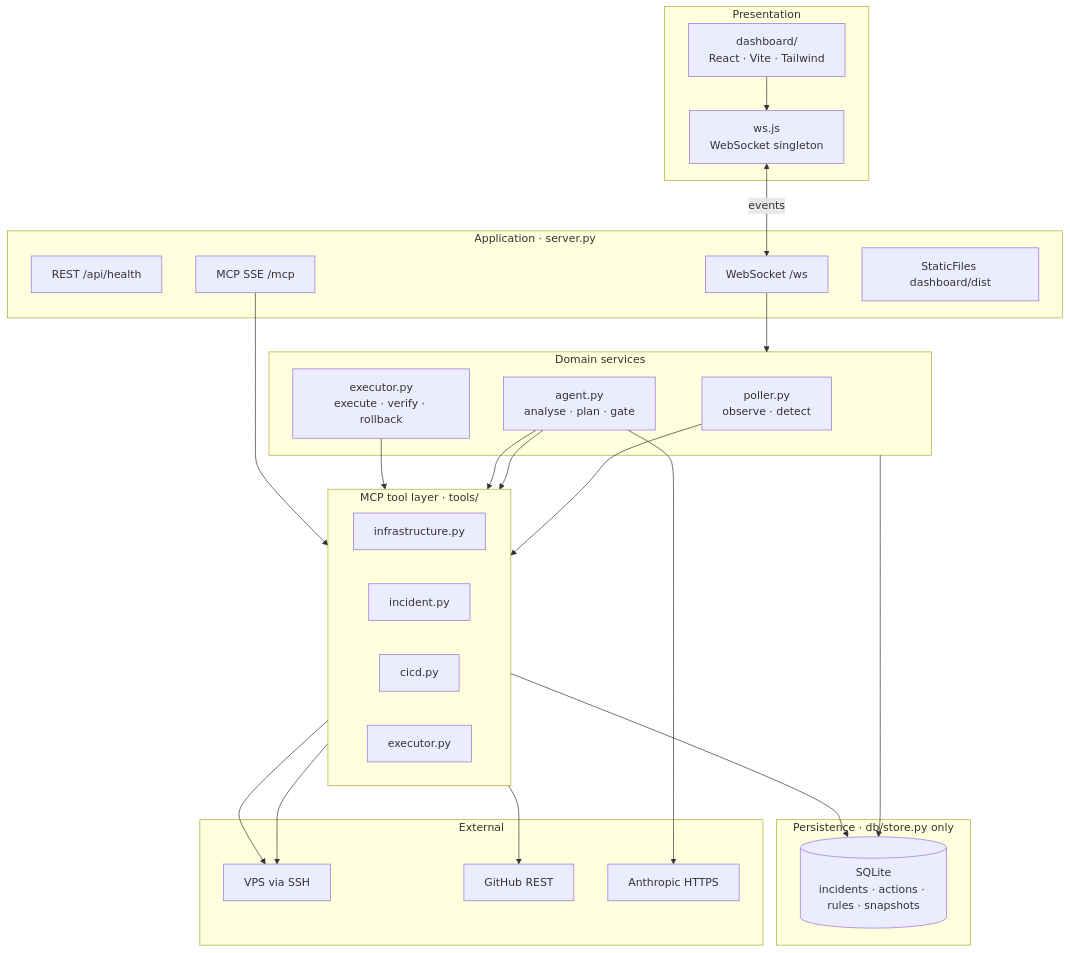
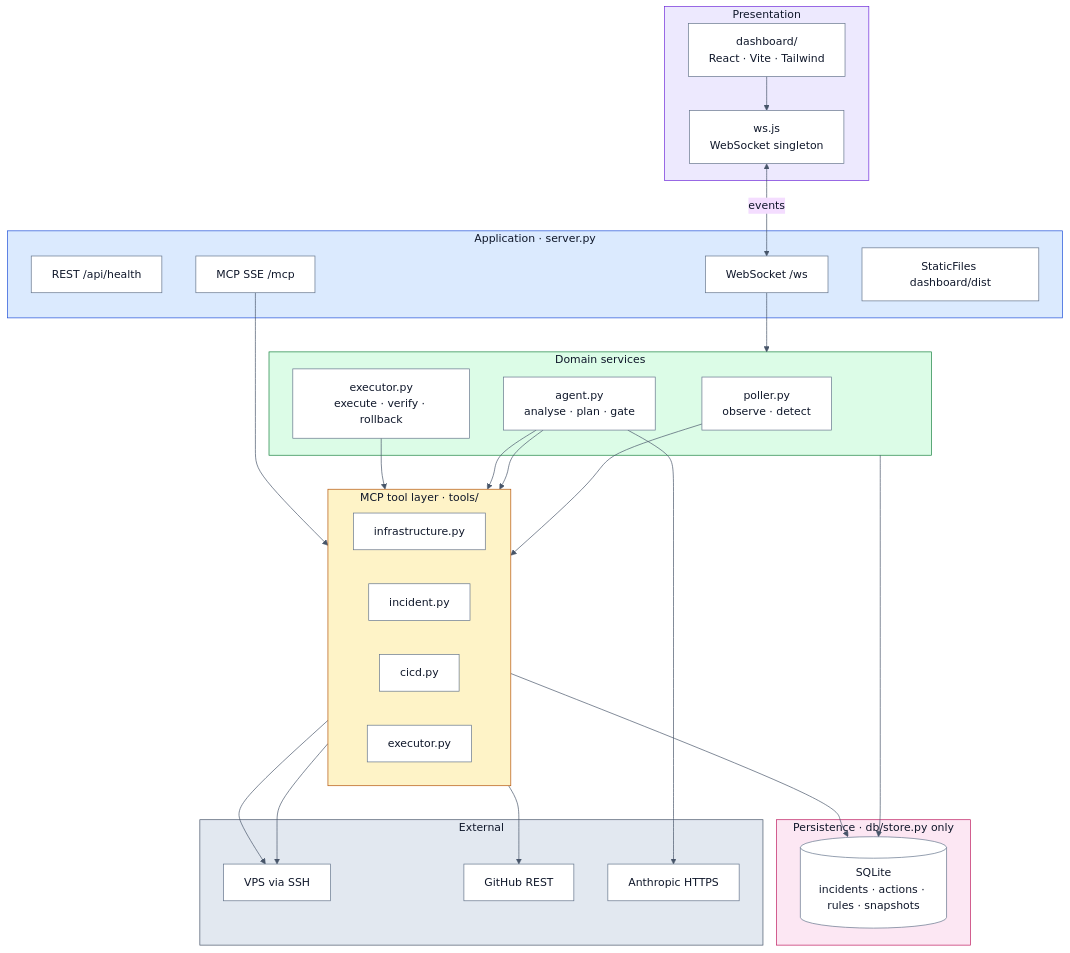
Before and after one commit to NevilPatel01/devops-mcp: the fourth of 12 diagrams in README.md, drawn with Mermaid. The commit also changed other lines of this file and 34 other files, not shown here.

````diff
--- a/README.md
+++ b/README.md
@@ -132,50 +219,61 @@
 ```mermaid
+%%{init: {'theme':'base', 'themeVariables': {'primaryTextColor':'#0f172a','secondaryTextColor':'#0f172a','tertiaryTextColor':'#0f172a','lineColor':'#475569','textColor':'#0f172a','clusterBkg':'#f8fafc','clusterBorder':'#64748b','titleColor':'#0f172a'}}}%%
 flowchart TB
   subgraph Presentation["Presentation"]
     Dash["dashboard/<br/>React · Vite · Tailwind"]
     WSClient["ws.js<br/>WebSocket singleton"]
     Dash --> WSClient
   end
 
   subgraph Application["Application · server.py"]
     API["REST /api/health"]
     WS["WebSocket /ws"]
     MCP["MCP SSE /mcp"]
     Static["StaticFiles dashboard/dist"]
   end
 
   subgraph Domain["Domain services"]
     Poll["poller.py<br/>observe · detect"]
     Agt["agent.py<br/>analyse · plan · gate"]
     Exec["executor.py<br/>execute · verify · rollback"]
   end
 
   subgraph ToolsLayer["MCP tool layer · tools/"]
     direction LR
     T1["infrastructure.py"]
     T2["incident.py"]
     T3["cicd.py"]
     T4["executor.py"]
   end
 
   subgraph Persistence["Persistence · db/store.py only"]
     SQL[("SQLite<br/>incidents · actions · rules · snapshots")]
   end
 
   subgraph External["External"]
     SSH["VPS via SSH"]
     GH["GitHub REST"]
     AI["Anthropic HTTPS"]
   end
 
   WSClient <-->|events| WS
   WS --> Domain
   MCP --> ToolsLayer
   Poll --> T1 --> SSH
   Agt --> T2 & T3
   Agt --> AI
   T3 --> GH
   Exec --> T4 --> SSH
   Domain --> SQL
   ToolsLayer --> SQL
+
+  style Presentation fill:#ede9fe,stroke:#6d28d9,color:#0f172a
+  style Application fill:#dbeafe,stroke:#1d4ed8,color:#0f172a
+  style Domain fill:#dcfce7,stroke:#15803d,color:#0f172a
+  style ToolsLayer fill:#fef3c7,stroke:#b45309,color:#0f172a
+  style Persistence fill:#fce7f3,stroke:#be185d,color:#0f172a
+  style External fill:#e2e8f0,stroke:#475569,color:#0f172a
+  classDef node fill:#ffffff,stroke:#64748b,color:#0f172a
+  class Dash,WSClient,API,WS,MCP,Static,Poll,Agt,Exec,T1,T2,T3,T4,SSH,GH,AI node
+  class SQL node
 ```
````
